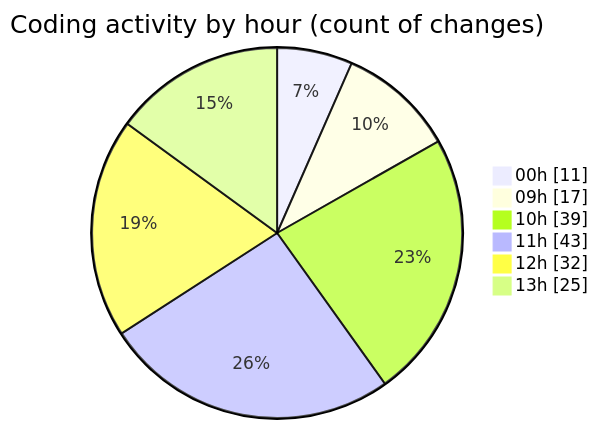
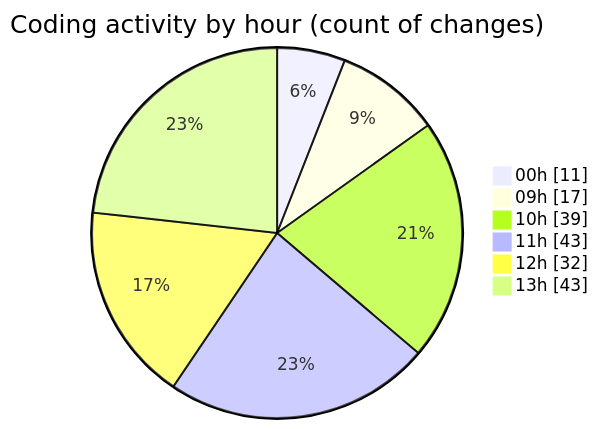
The second of 2 diagrams in 2026-09-02/cda/README.md (momahboobian/code-tracking), drawn with Mermaid before and after one commit. The commit also changed other lines of this file and 1 other file, not shown here.

````diff
--- a/2026-09-02/cda/README.md
+++ b/2026-09-02/cda/README.md
@@ -45,10 +51,10 @@
 ```mermaid
 pie showData
 title Coding activity by hour (count of changes)
 "00h" : 11
 "09h" : 17
 "10h" : 39
 "11h" : 43
 "12h" : 32
-"13h" : 25
+"13h" : 43
 ```
````
